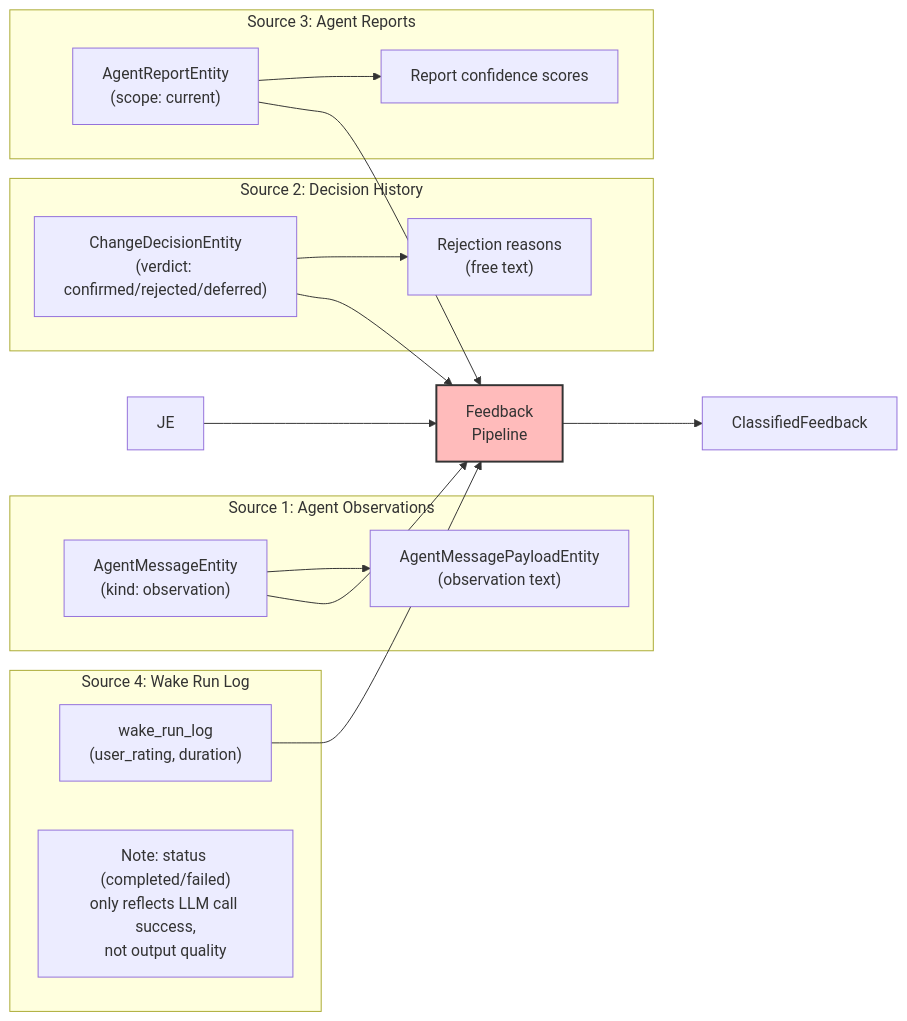
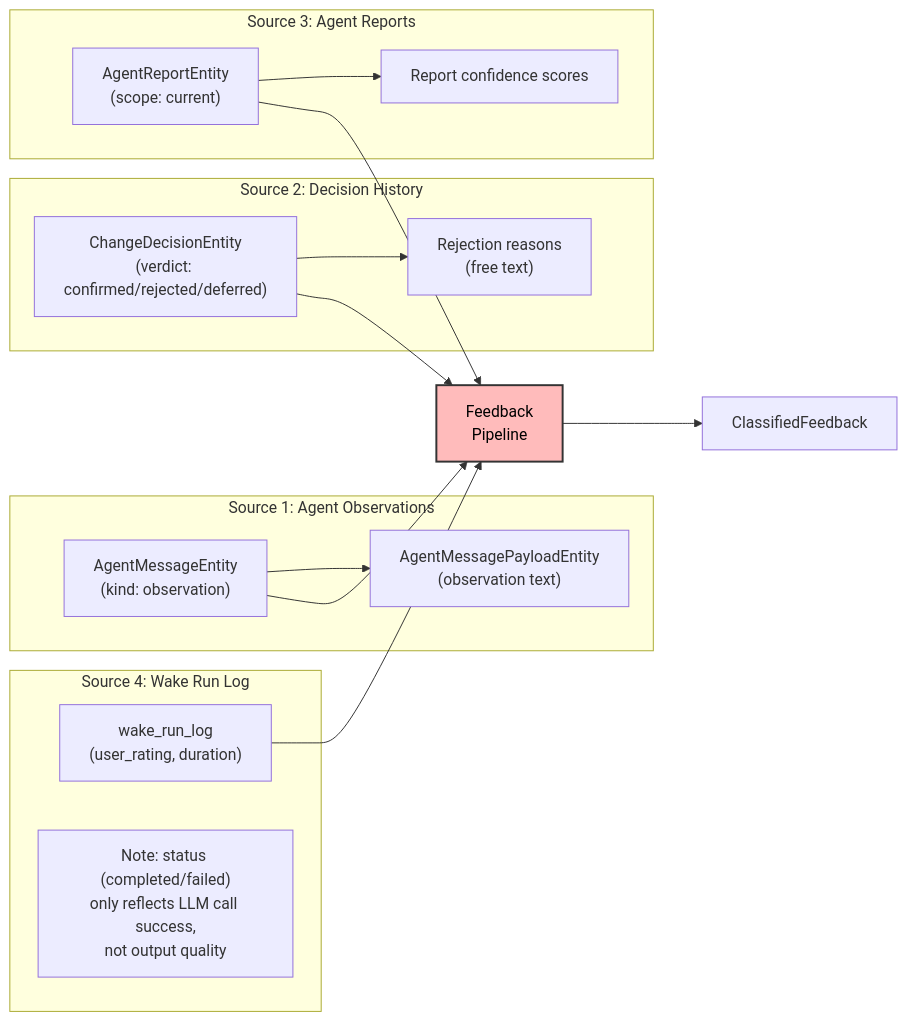
The seventh of 16 diagrams in docs/implementation_plans/2026-03-01_weekly_one_on_one_self_learning_cycle.md (matthiasn/lotti), drawn with Mermaid before and after one commit. The commit also changed other lines of this file and 2 other files, not shown here.

````diff
--- a/docs/implementation_plans/2026-03-01_weekly_one_on_one_self_learning_cycle.md
+++ b/docs/implementation_plans/2026-03-01_weekly_one_on_one_self_learning_cycle.md
@@ -383,35 +379,34 @@
 ```mermaid
 flowchart LR
     subgraph "Source 1: Agent Observations"
         AO["AgentMessageEntity\n(kind: observation)"]
         AOP["AgentMessagePayloadEntity\n(observation text)"]
         AO --> AOP
     end
 
     subgraph "Source 2: Decision History"
         CD["ChangeDecisionEntity\n(verdict: confirmed/rejected/deferred)"]
         CR["Rejection reasons\n(free text)"]
         CD --> CR
     end
 
     subgraph "Source 3: Agent Reports"
         AR["AgentReportEntity\n(scope: current)"]
         ARC["Report confidence scores"]
         AR --> ARC
     end
 
     subgraph "Source 4: Wake Run Log"
         WR["wake_run_log\n(user_rating, duration)"]
         WRN["Note: status (completed/failed)\nonly reflects LLM call success,\nnot output quality"]
     end
 
     AO --> FP["Feedback\nPipeline"]
     CD --> FP
     AR --> FP
-    JE --> FP
     WR --> FP
 
     FP --> CF["ClassifiedFeedback"]
 
-    style FP fill:#fbb,stroke:#333,stroke-width:2px
+    style FP fill:#fbb,stroke:#333,stroke-width:2px,color:#000
 ```
````
